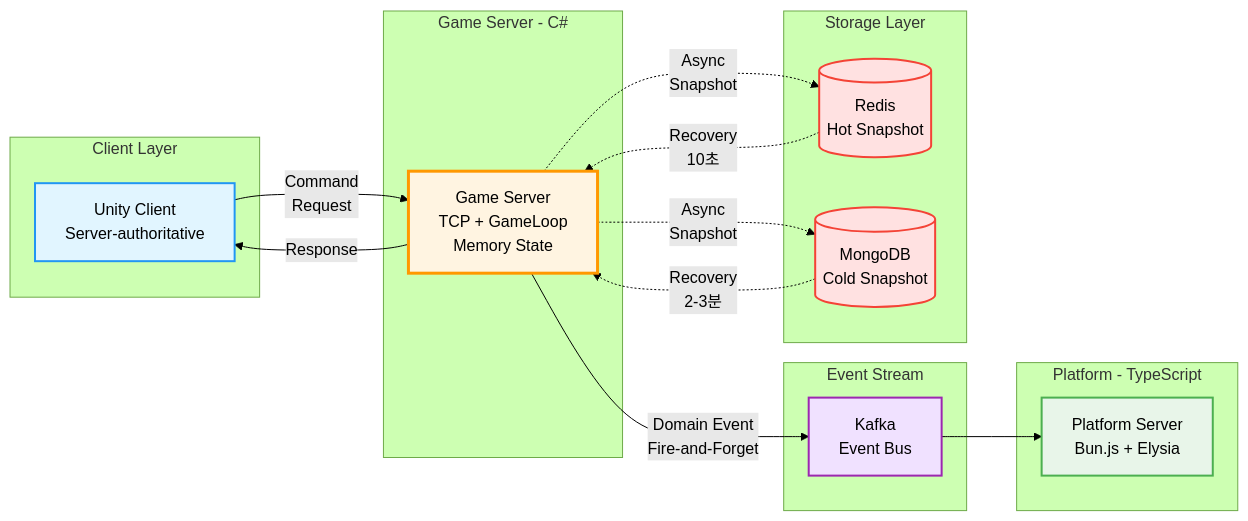
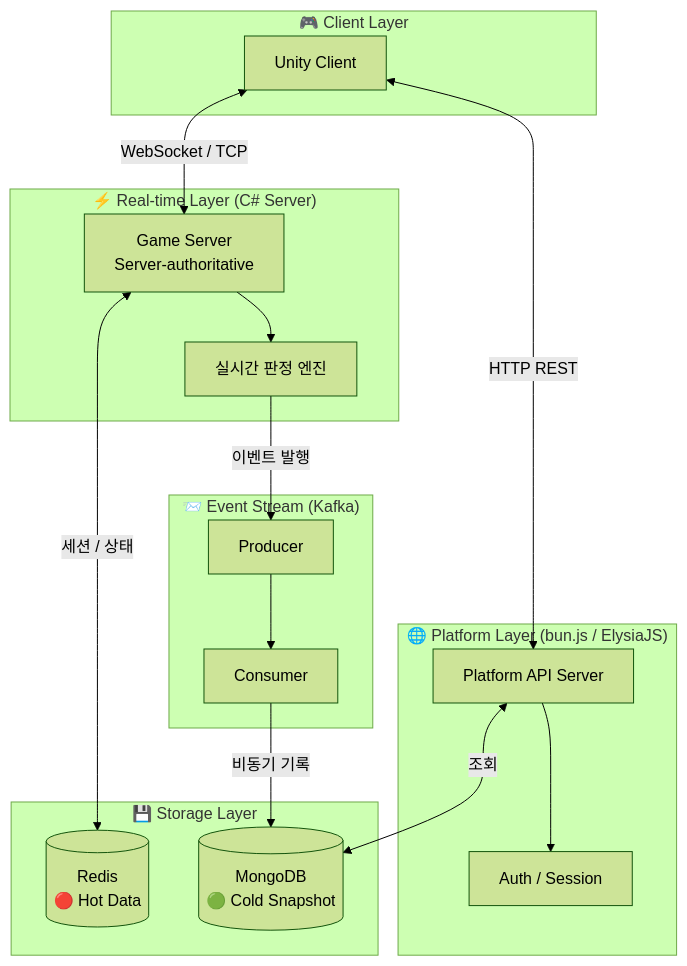
One commit to 1985jwlee/overview changed the second of 5 diagrams in README.md. Above: the diagram before and after it, drawn with Mermaid (forest theme). The commit also changed other lines of this file, not shown here.

````diff
--- a/README.md
+++ b/README.md
@@ -144,39 +46,36 @@
 ```mermaid
-graph LR
-    subgraph Client["Client Layer"]
-        UC[Unity Client<br/>Server-authoritative]
+graph TB
+    subgraph Client["🎮 Client Layer"]
+        U[Unity Client]
     end
-    
-    subgraph GameServer["Game Server - C#"]
-        GS[Game Server<br/>TCP + GameLoop<br/>Memory State]
+
+    subgraph Realtime["⚡ Real-time Layer (C# Server)"]
+        GS[Game Server<br/>Server-authoritative]
+        RT[실시간 판정 엔진]
+        GS --> RT
     end
-    
-    subgraph EventStream["Event Stream"]
-        KF[Kafka<br/>Event Bus]
+
+    subgraph Platform["🌐 Platform Layer (bun.js / ElysiaJS)"]
+        API[Platform API Server]
+        AUTH[Auth / Session]
+        API --> AUTH
     end
-    
-    subgraph Platform["Platform - TypeScript"]
-        PS[Platform Server<br/>Bun.js + Elysia]
+
+    subgraph EventStream["📨 Event Stream (Kafka)"]
+        KP[Producer]
+        KC[Consumer]
+        KP --> KC
     end
-    
-    subgraph Storage["Storage Layer"]
-        RD[(Redis<br/>Hot Snapshot)]
-        MG[(MongoDB<br/>Cold Snapshot)]
+
+    subgraph Storage["💾 Storage Layer"]
+        REDIS[(Redis<br/>🔴 Hot Data)]
+        MONGO[(MongoDB<br/>🟢 Cold Snapshot)]
     end
-    
-    UC -->|Command<br/>Request| GS
-    GS -->|Response| UC
-    GS -->|Domain Event<br/>Fire-and-Forget| KF
-    KF --> PS
-    GS -.->|Async<br/>Snapshot| RD
-    GS -.->|Async<br/>Snapshot| MG
-    RD -.->|Recovery<br/>10초| GS
-    MG -.->|Recovery<br/>2-3분| GS
-    
-    style UC fill:#e1f5ff,stroke:#2196f3,stroke-width:2px
-    style GS fill:#fff4e1,stroke:#ff9800,stroke-width:3px
-    style KF fill:#f0e1ff,stroke:#9c27b0,stroke-width:2px
-    style PS fill:#e8f5e9,stroke:#4caf50,stroke-width:2px
-    style RD fill:#ffe1e1,stroke:#f44336,stroke-width:2px
-    style MG fill:#ffe1e1,stroke:#f44336,stroke-width:2px
+
+    U <-->|WebSocket / TCP| GS
+    U <-->|HTTP REST| API
+    RT -->|이벤트 발행| KP
+    KC -->|비동기 기록| MONGO
+    GS <-->|세션 / 상태| REDIS
+    API <-->|조회| MONGO
 ```
````
